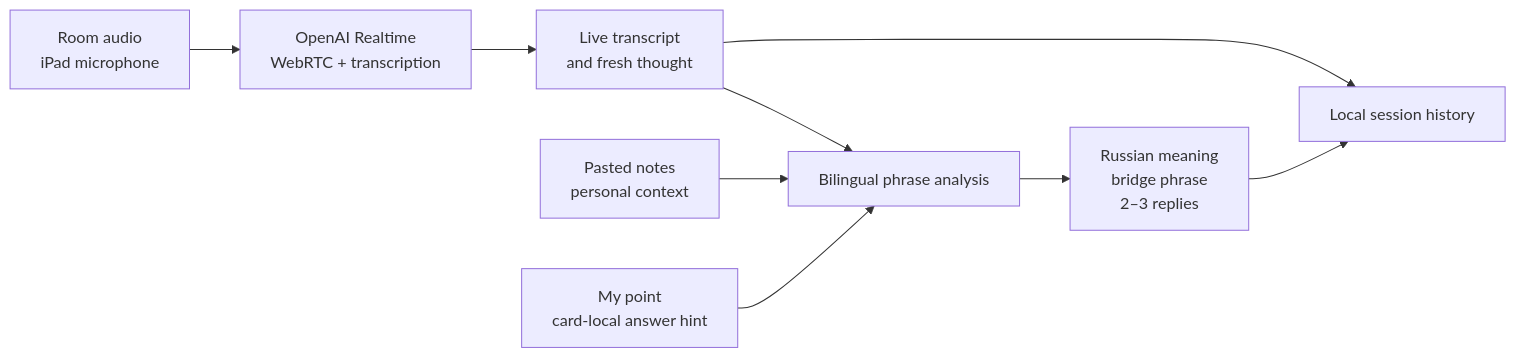
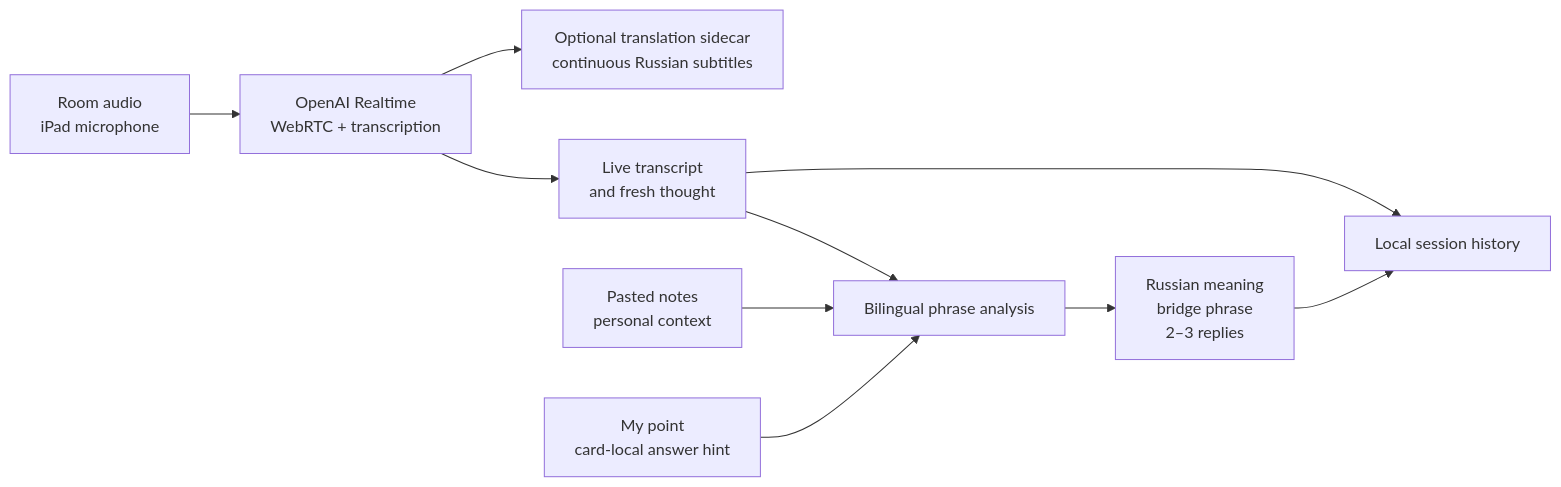
The diagram in README.md (filimo/EchoGuide.ai), drawn with Mermaid before and after one commit. The commit also changed other lines of this file and 14 other files, not shown here.

First line of the commit message:
Add fast and continuous Russian translation layers

````diff
--- a/README.md
+++ b/README.md
@@ -50,11 +53,12 @@
 ```mermaid
 flowchart LR
     A["Room audio<br/>iPad microphone"] --> B["OpenAI Realtime<br/>WebRTC + transcription"]
     B --> C["Live transcript<br/>and fresh thought"]
+    B --> X["Optional translation sidecar<br/>continuous Russian subtitles"]
     D["Pasted notes<br/>personal context"] --> E["Bilingual phrase analysis"]
     P["My point<br/>card-local answer hint"] --> E
     C --> E
     E --> F["Russian meaning<br/>bridge phrase<br/>2–3 replies"]
     C --> G["Local session history"]
     F --> G
 ```
````
